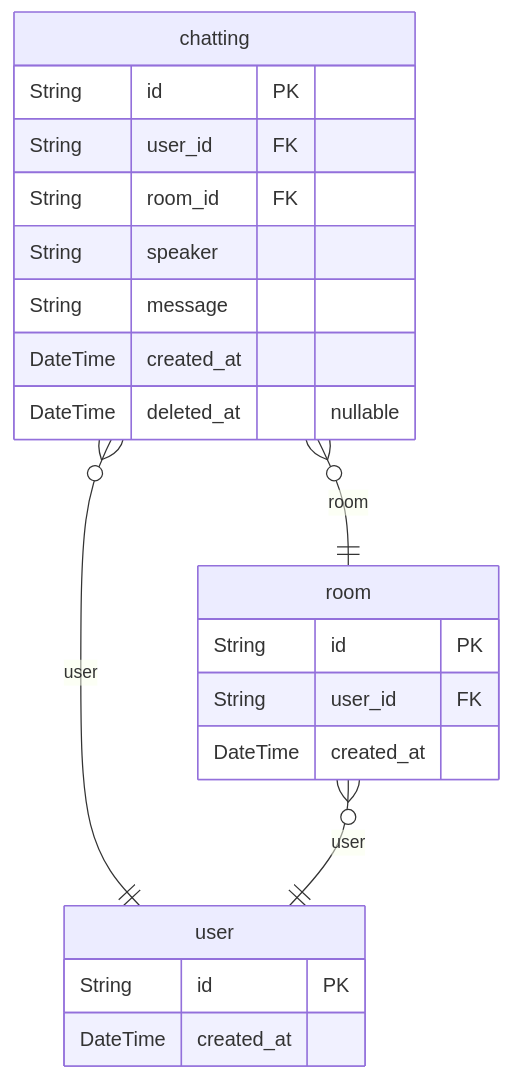
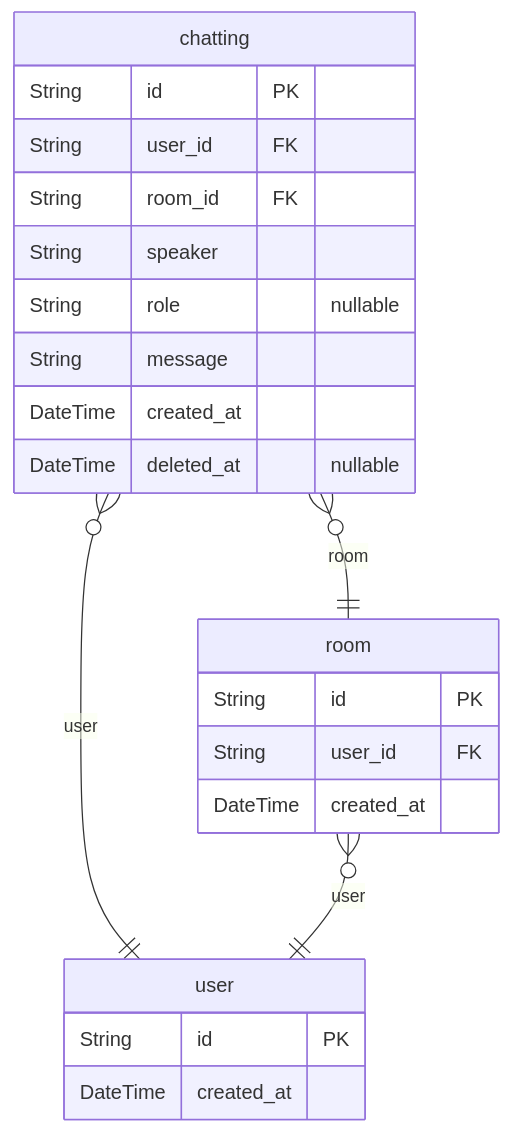
Before and after one commit to kakasoo/fake-wanted: the second of 2 diagrams in prisma/docs/ERD.md, drawn with Mermaid. The commit also changed other lines of this file and 4 other files, not shown here.

````diff
--- a/prisma/docs/ERD.md
+++ b/prisma/docs/ERD.md
@@ -227,24 +227,25 @@
 ```mermaid
 erDiagram
 "chatting" {
   String id PK
   String user_id FK
   String room_id FK
   String speaker
+  String role "nullable"
   String message
   DateTime created_at
   DateTime deleted_at "nullable"
 }
 "room" {
   String id PK
   String user_id FK
   DateTime created_at
 }
 "user" {
   String id PK
   DateTime created_at
 }
 "chatting" }o--|| "user" : user
 "chatting" }o--|| "room" : room
 "room" }o--|| "user" : user
 ```
````
